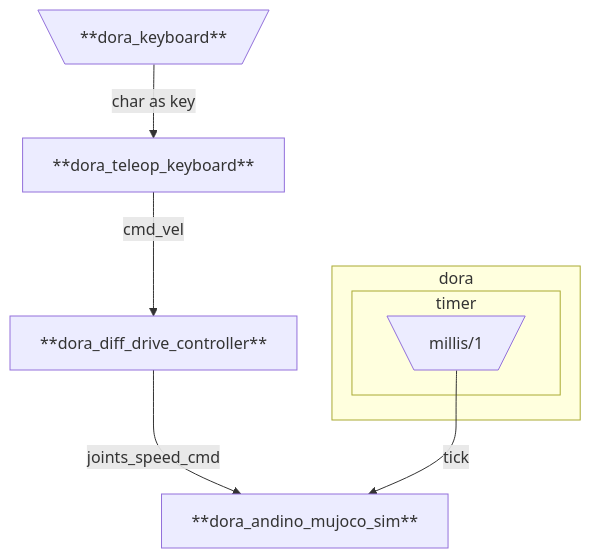
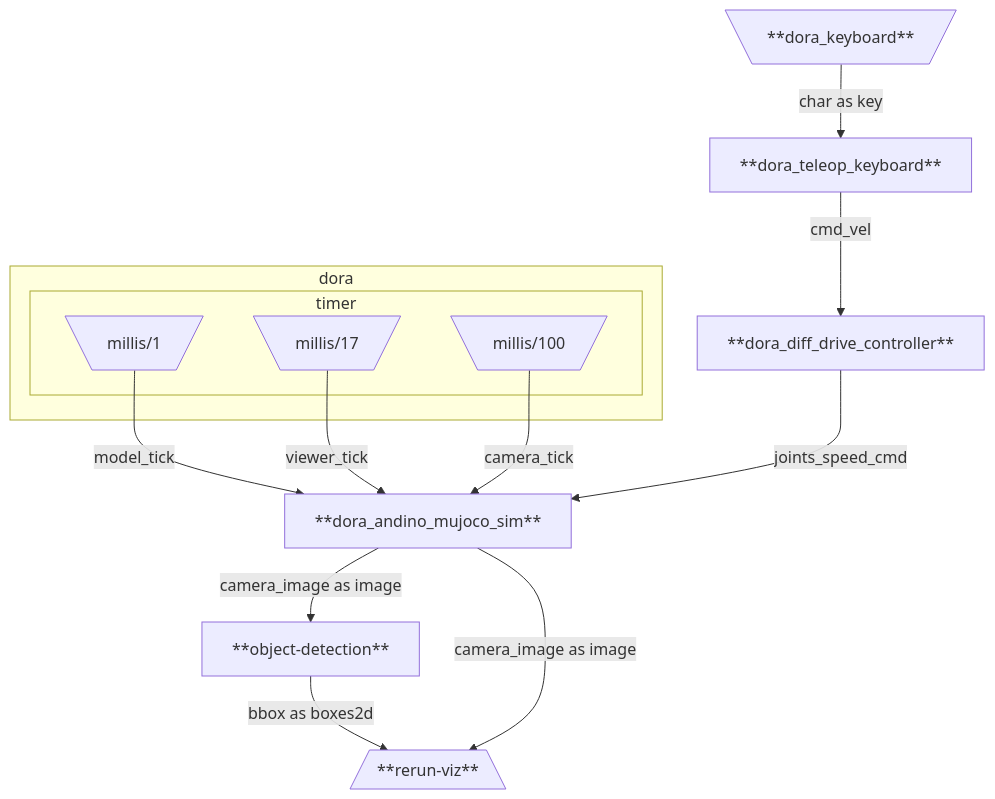
The diagram in andino_dora_sim/README.md (Ekumen-OS/andino-rs), drawn with Mermaid before and after one commit. The commit also changed other lines of this file and 5 other files, not shown here.

Commit message:
Integrate sim camera into the object detection flow (#27)

````diff
--- a/andino_dora_sim/README.md
+++ b/andino_dora_sim/README.md
@@ -11,16 +18,25 @@
 ```mermaid
         flowchart TB
   dora_andino_mujoco_sim["**dora_andino_mujoco_sim**"]
   dora_diff_drive_controller["**dora_diff_drive_controller**"]
   dora_keyboard[\"**dora_keyboard**"/]
   dora_teleop_keyboard["**dora_teleop_keyboard**"]
+  object-detection["**object-detection**"]
+  rerun-viz[/"**rerun-viz**"\]
 subgraph ___dora___ [dora]
   subgraph ___timer_timer___ [timer]
     dora/timer/millis/1[\millis/1/]
+    dora/timer/millis/17[\millis/17/]
+    dora/timer/millis/100[\millis/100/]
   end
 end
+  dora/timer/millis/100 -- camera_tick --> dora_andino_mujoco_sim
   dora_diff_drive_controller -- joints_speed_cmd --> dora_andino_mujoco_sim
-  dora/timer/millis/1 -- tick --> dora_andino_mujoco_sim
+  dora/timer/millis/1 -- model_tick --> dora_andino_mujoco_sim
+  dora/timer/millis/17 -- viewer_tick --> dora_andino_mujoco_sim
   dora_teleop_keyboard -- cmd_vel --> dora_diff_drive_controller
   dora_keyboard -- char as key --> dora_teleop_keyboard
+  dora_andino_mujoco_sim -- camera_image as image --> object-detection
+  object-detection -- bbox as boxes2d --> rerun-viz
+  dora_andino_mujoco_sim -- camera_image as image --> rerun-viz
 ```
````
